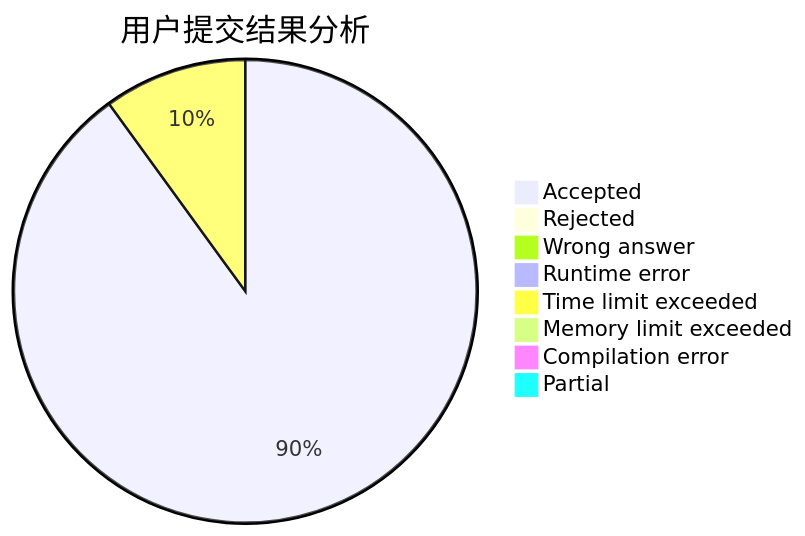
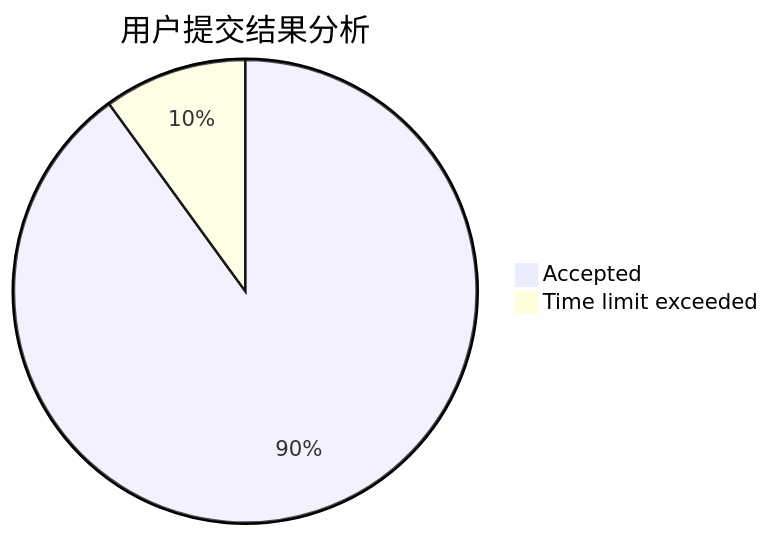
One commit to sherpahu/cfrs.github.io changed the first of 3 diagrams in docs/user/u1698.md. Above: the diagram before and after it, drawn with Mermaid. The commit also changed other lines of this file and 2770 other files, not shown here.

````diff
--- a/docs/user/u1698.md
+++ b/docs/user/u1698.md
@@ -5,11 +5,5 @@
 ```mermaid
 pie title 用户提交结果分析
     "Accepted" :  9
-    "Rejected" :  0
-    "Wrong answer" :  0
-    "Runtime error" :  0
     "Time limit exceeded" :  1
-    "Memory limit exceeded" :  0
-    "Compilation error" :  0
-    "Partial" :  0
 ```
````
